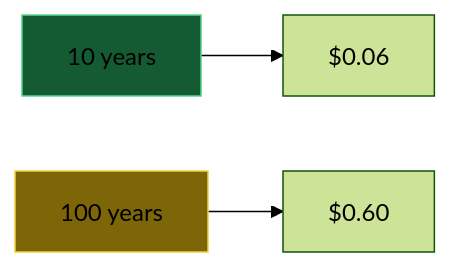
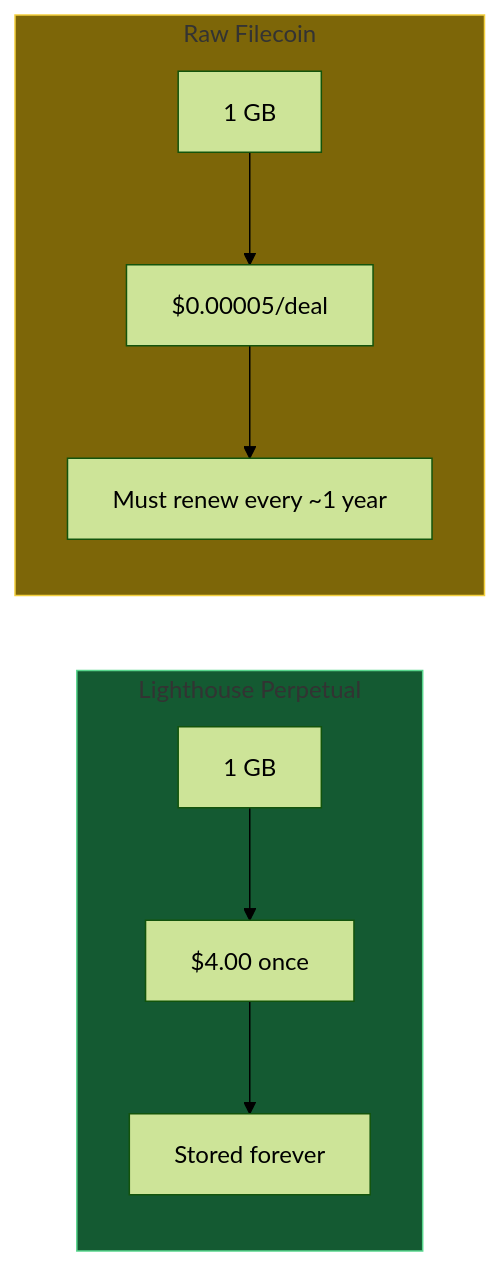
The ninth of 11 diagrams in docs/diagrams/data-architecture/DA-07-cryostasis.md (KestrelSovereignAI/kestrel-sovereign), drawn with Mermaid (forest theme) before and after one commit. The commit also changed other lines of this file and 11 other files, not shown here.

First line of the commit message:
fix: Correct Lighthouse pricing from raw Filecoin rates to actual perpetual costs

````diff
--- a/docs/diagrams/data-architecture/DA-07-cryostasis.md
+++ b/docs/diagrams/data-architecture/DA-07-cryostasis.md
@@ -255,8 +268,15 @@
 ```mermaid
 graph LR
-    DECADE["10 years"] --> COST1["$0.06"]
-    CENTURY["100 years"] --> COST2["$0.60"]
+    subgraph perpetual["Lighthouse Perpetual"]
+        P1["1 GB"] --> P2["$4.00 once"]
+        P2 --> P3["Stored forever"]
+    end
 
-    style DECADE fill:#145a32,stroke:#58d68d
-    style CENTURY fill:#7d6608,stroke:#f4d03f
+    subgraph raw["Raw Filecoin"]
+        R1["1 GB"] --> R2["$0.00005/deal"]
+        R2 --> R3["Must renew every ~1 year"]
+    end
+
+    style perpetual fill:#145a32,stroke:#58d68d
+    style raw fill:#7d6608,stroke:#f4d03f
 ```
````
